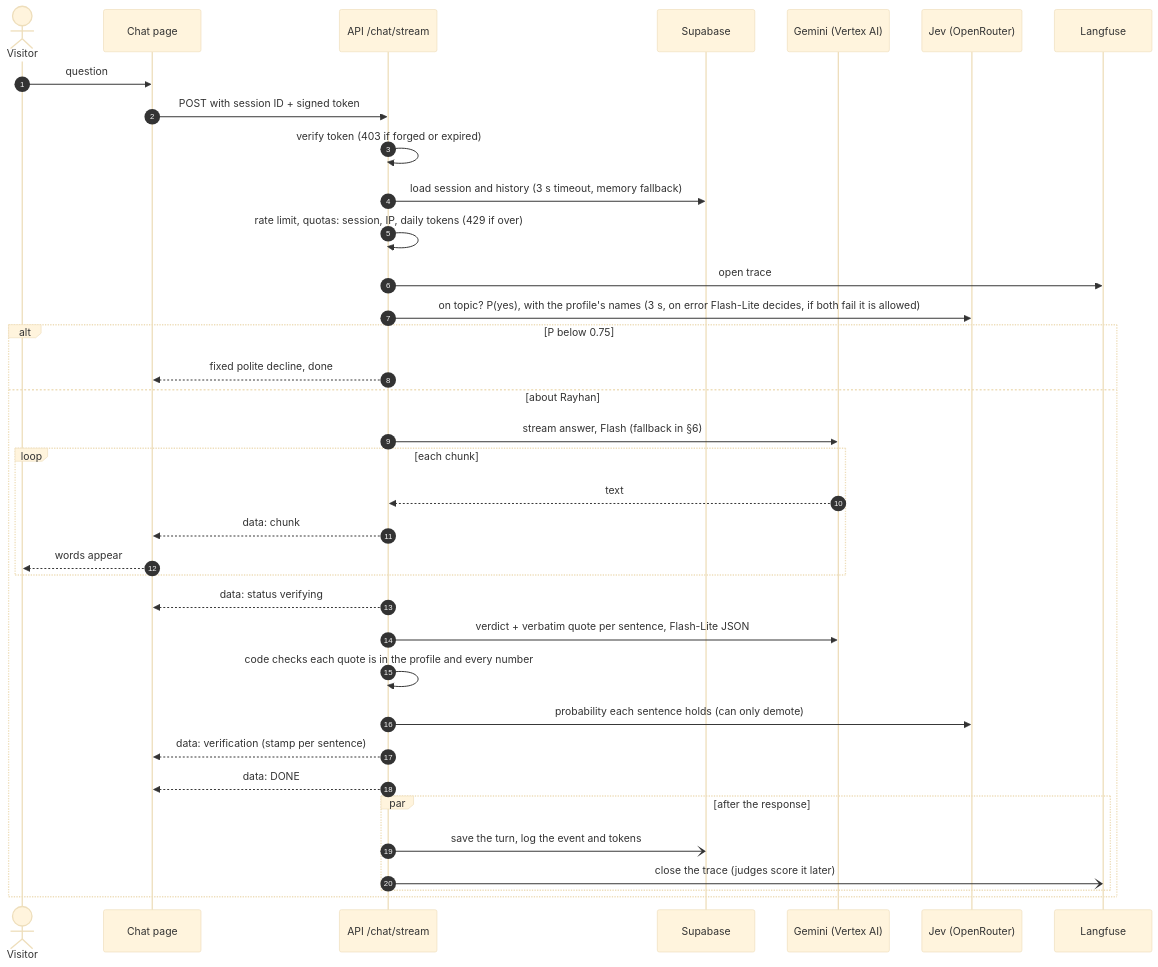
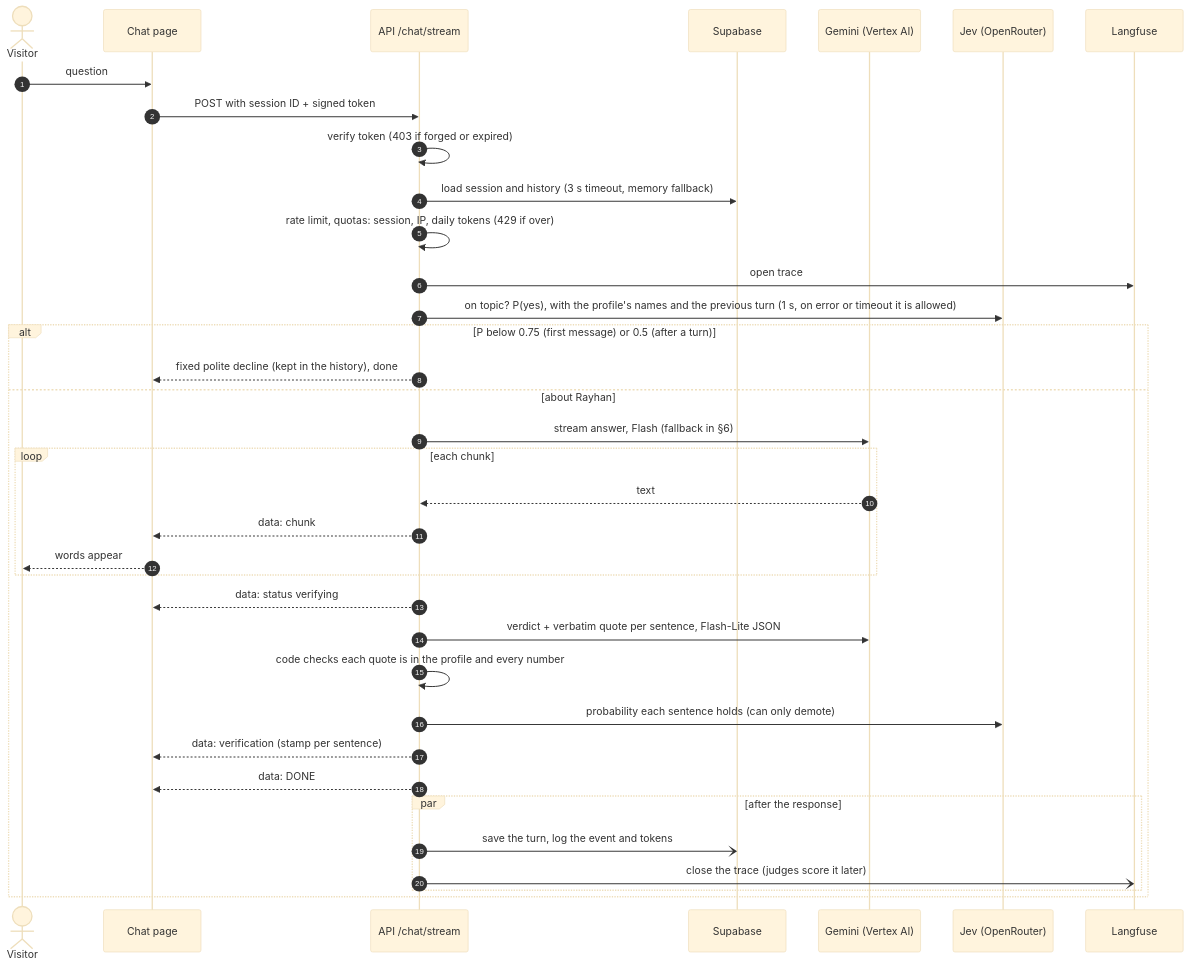
One commit to Rayhanpatel/AI-Resume-Agent changed the fifth of 11 diagrams in docs/ARCHITECTURE.md. Above: the diagram before and after it, drawn with Mermaid (base theme). The commit also changed other lines of this file and 8 other files, not shown here.

````diff
--- a/docs/ARCHITECTURE.md
+++ b/docs/ARCHITECTURE.md
@@ -237,41 +237,41 @@
 ```mermaid
 sequenceDiagram
     accTitle: Sequence: answering a question
     accDescr: The API checks the token, loads the session, applies limits, asks the decision model whether the question is on topic, streams the answer, then verifies each sentence and streams the stamps before saving the turn and closing the trace.
     autonumber
     actor V as Visitor
     participant F as Chat page
     participant A as API /chat/stream
     participant D as Supabase
     participant G as Gemini (Vertex AI)
     participant J as Jev (OpenRouter)
     participant L as Langfuse
 
     V->>F: question
     F->>A: POST with session ID + signed token
     A->>A: verify token (403 if forged or expired)
     A->>D: load session and history (3 s timeout, memory fallback)
     A->>A: rate limit, quotas: session, IP, daily tokens (429 if over)
     A->>L: open trace
-    A->>J: on topic? P(yes), with the profile's names (3 s, on error Flash-Lite decides, if both fail it is allowed)
-    alt P below 0.75
-        A-->>F: fixed polite decline, done
+    A->>J: on topic? P(yes), with the profile's names and the previous turn (1 s, on error or timeout it is allowed)
+    alt P below 0.75 (first message) or 0.5 (after a turn)
+        A-->>F: fixed polite decline (kept in the history), done
     else about Rayhan
         A->>G: stream answer, Flash (fallback in §6)
         loop each chunk
             G-->>A: text
             A-->>F: data: chunk
             F-->>V: words appear
         end
         A-->>F: data: status verifying
         A->>G: verdict + verbatim quote per sentence, Flash-Lite JSON
         A->>A: code checks each quote is in the profile and every number
         A->>J: probability each sentence holds (can only demote)
         A-->>F: data: verification (stamp per sentence)
         A-->>F: data: DONE
         par after the response
             A-)D: save the turn, log the event and tokens
             A-)L: close the trace (judges score it later)
         end
     end
 ```
````
